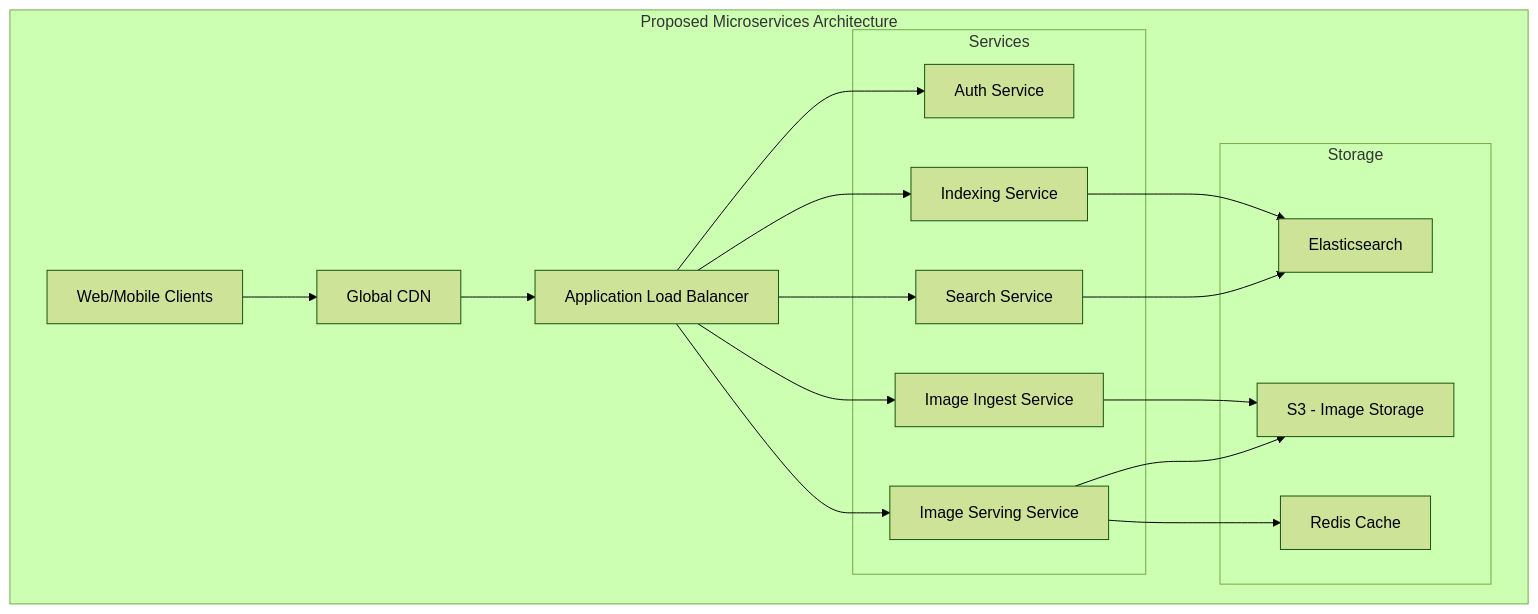
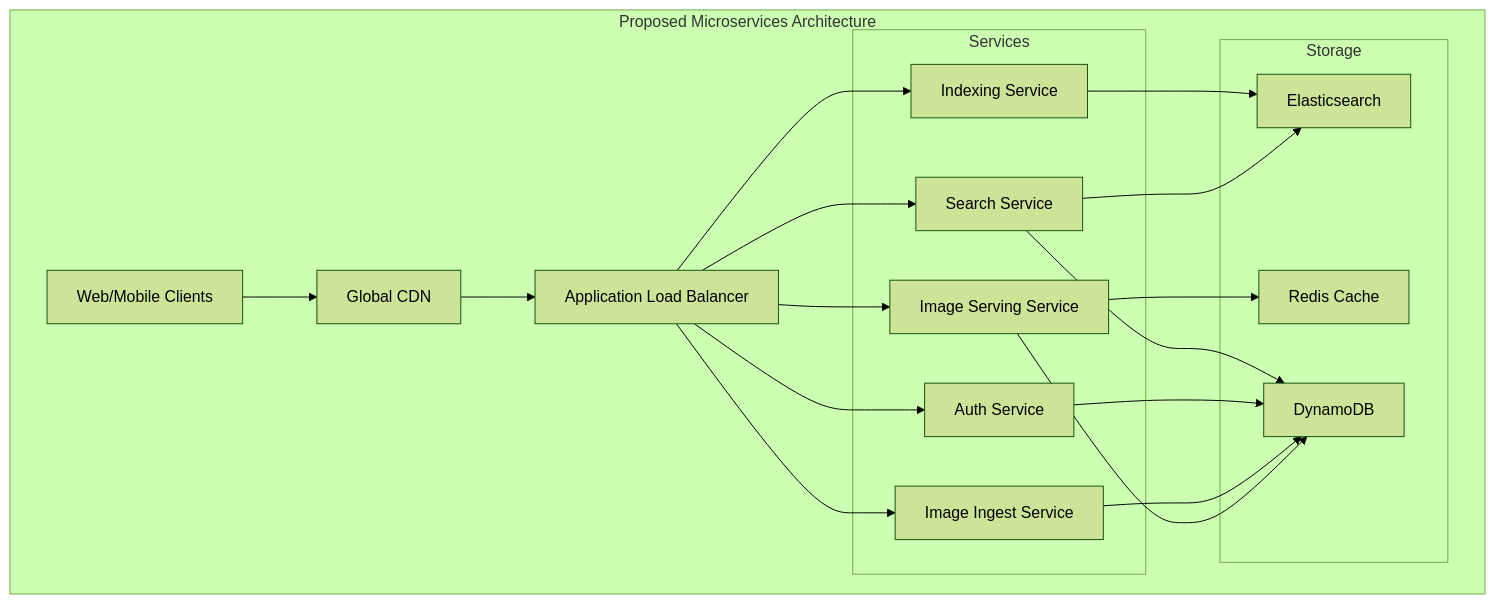
Before and after one commit to thezeeshanasghar/sandu: the fourth of 15 diagrams in README.md, drawn with Mermaid (forest theme). The commit also changed other lines of this file, not shown here.

````diff
--- a/README.md
+++ b/README.md
@@ -172,36 +177,38 @@
 ```mermaid
 graph TD
     subgraph "Proposed Microservices Architecture"
     Client[Web/Mobile Clients]
     CDN[Global CDN]
     ALB[Application Load Balancer]
     
     subgraph "Services"
         Auth[Auth Service]
         Search[Search Service]
         Ingest[Image Ingest Service]
         Serve[Image Serving Service]
         Index[Indexing Service]
     end
     
     subgraph "Storage"
         ES[Elasticsearch]
-        S3[S3 - Image Storage]
         Cache[Redis Cache]
+        DDB[DynamoDB]
     end
     
     Client --> CDN
     CDN --> ALB
     ALB --> Auth
     ALB --> Search
     ALB --> Serve
     ALB --> Ingest
     ALB --> Index
     
     Search --> ES
-    Serve --> S3
     Serve --> Cache
-    Ingest --> S3
+    Serve --> DDB
+    Ingest --> DDB
     Index --> ES
+    Auth --> DDB
+    Search --> DDB
     end
 ```
````
